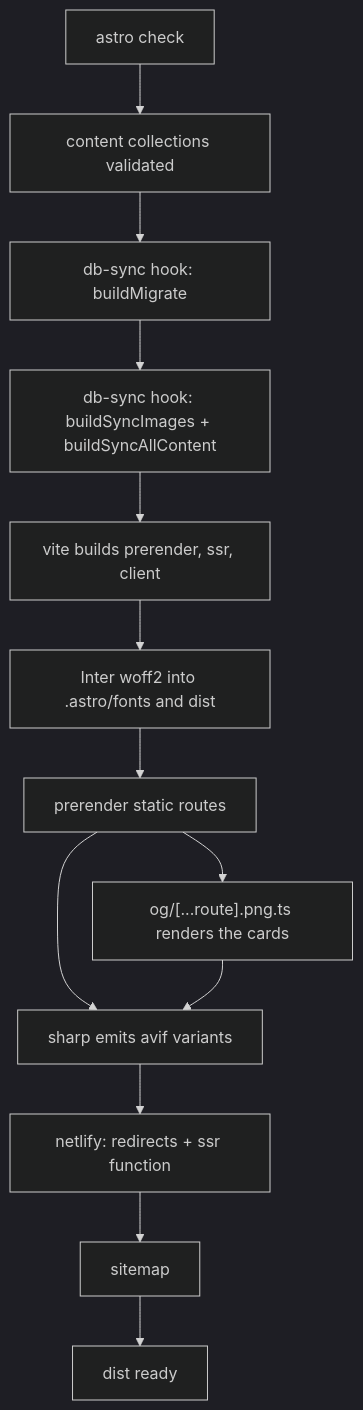
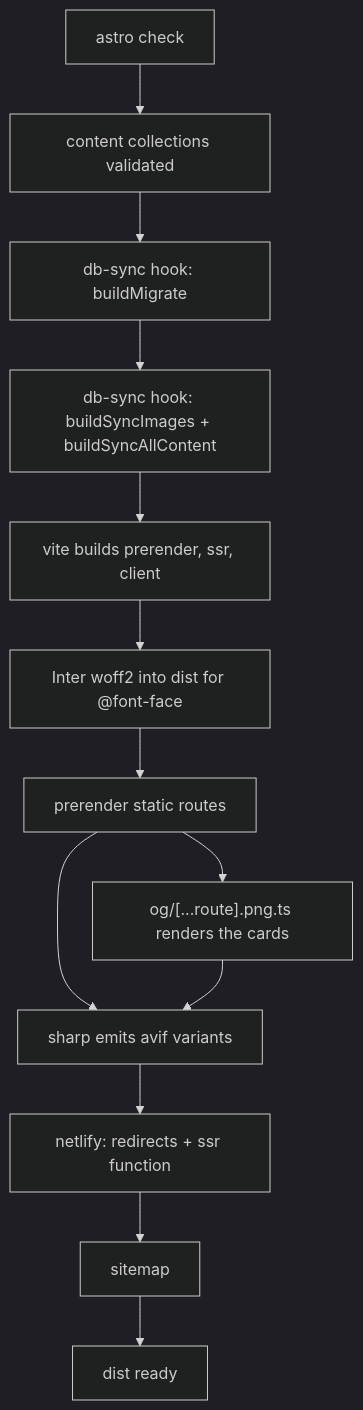
The third of 5 diagrams in docs/stable/development/build-flow.md (duckycoding-dev/ducky-coding), drawn with Mermaid (dark theme) before and after one commit. The commit also changed other lines of this file and 8 other files, not shown here.

````diff
--- a/docs/stable/development/build-flow.md
+++ b/docs/stable/development/build-flow.md
@@ -169,21 +169,21 @@
 ```mermaid
 flowchart TD
     Check["astro check"]
     Content["content collections validated"]
     Migrate["db-sync hook: buildMigrate"]
     Sync["db-sync hook: buildSyncImages + buildSyncAllContent"]
     Vite["vite builds prerender, ssr, client"]
-    Fonts["Inter woff2 into .astro/fonts and dist"]
+    Fonts["Inter woff2 into dist for @font-face"]
     Prerender["prerender static routes"]
     OG["og/[...route].png.ts renders the cards"]
     Images["sharp emits avif variants"]
     Adapter["netlify: redirects + ssr function"]
     Sitemap["sitemap"]
     Done["dist ready"]
 
     Check --> Content --> Migrate --> Sync --> Vite --> Fonts --> Prerender
     Prerender --> OG
     Prerender --> Images
     OG --> Images
     Images --> Adapter --> Sitemap --> Done
 ```
````
